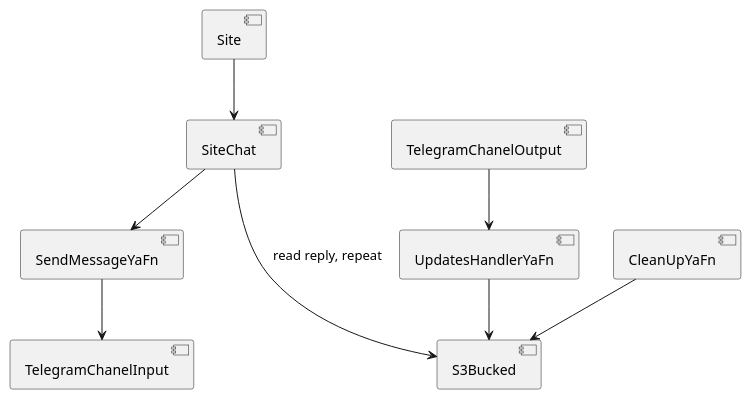
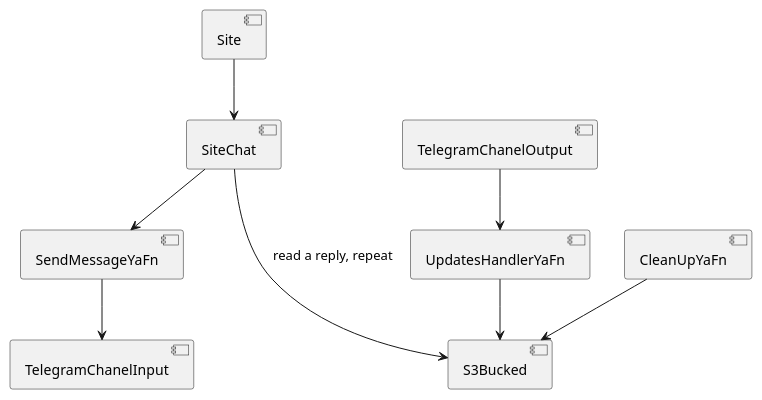
One commit to madbonez/tg-site-support-bot changed the diagram in docs/components/overview.puml. Above: the diagram before and after it, drawn with PlantUML. The commit also changed 4 other files, not shown here.

```diff
--- a/docs/components/overview.puml
+++ b/docs/components/overview.puml
@@ -1,17 +1,17 @@
 @startuml
 
 [Site] --> [SiteChat]
 
 [SiteChat] --> [SendMessageYaFn]
 
-[SiteChat] ---> [S3Bucked]: read reply, repeat
+[SiteChat] ---> [S3Bucked]: read a reply, repeat
 
 [SendMessageYaFn] --> [TelegramChanelInput]
 
 [TelegramChanelOutput] --> [UpdatesHandlerYaFn]
 
 [UpdatesHandlerYaFn] --> [S3Bucked]
 
 [CleanUpYaFn] --> [S3Bucked]
 
 @enduml
```
